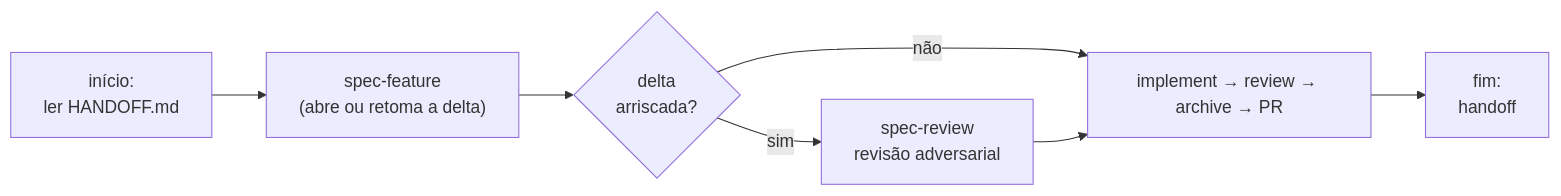
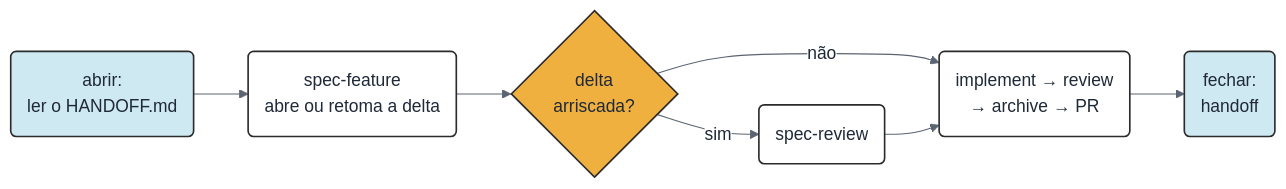
The sixth of 6 diagrams in README.md (iuripereira/deltaspec), drawn with Mermaid before and after one commit. The commit also changed other lines of this file and 2 other files, not shown here.

````diff
--- a/README.md
+++ b/README.md
@@ -275,9 +258,17 @@
 ```mermaid
+%%{init: {'theme':'base','themeVariables':{'lineColor':'#5b6472','primaryTextColor':'#1f2937','primaryBorderColor':'#2b2b2b','edgeLabelBackground':'#ffffff'}}}%%
 flowchart LR
-    s1["início:<br>ler HANDOFF.md"] --> s2["spec-feature<br>(abre ou retoma a delta)"]
+    s1("abrir:<br>ler o HANDOFF.md") --> s2("spec-feature<br>abre ou retoma a delta")
     s2 --> s3{"delta<br>arriscada?"}
-    s3 -->|sim| s4["spec-review<br>revisão adversarial"]
+    s3 -->|sim| s4("spec-review")
     s3 -->|não| s5
-    s4 --> s5["implement → review → archive → PR"]
-    s5 --> s6["fim:<br>handoff"]
+    s4 --> s5("implement → review<br>→ archive → PR")
+    s5 --> s6("fechar:<br>handoff")
+
+    classDef borda fill:#cfe9f3,stroke:#2b2b2b,stroke-width:1.5px,color:#1f2937
+    classDef meio fill:#ffffff,stroke:#2b2b2b,stroke-width:1.5px,color:#1f2937
+    classDef porta fill:#f0b040,stroke:#2b2b2b,stroke-width:1.5px,color:#1f2937
+    class s1,s6 borda
+    class s2,s4,s5 meio
+    class s3 porta
 ```
````
